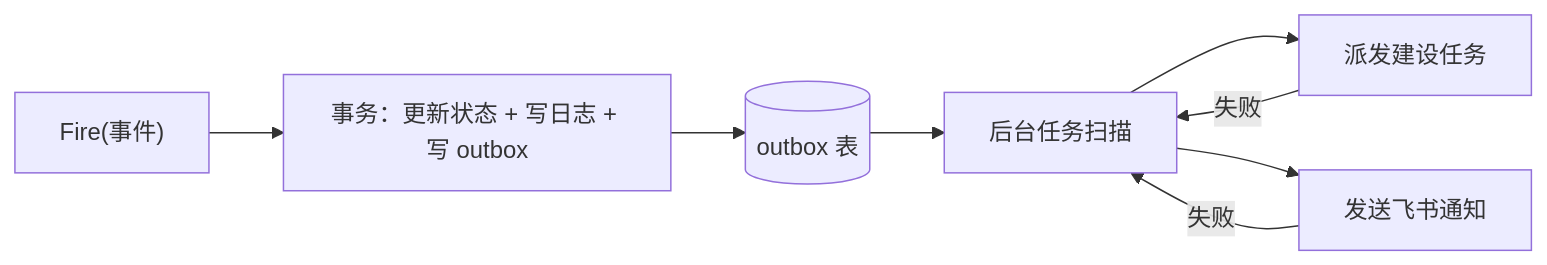
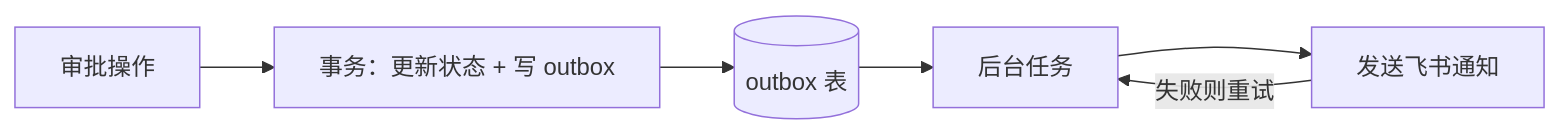
Before and after one commit to tracerZzz/tracerZzz.github.io: the second of 2 diagrams in src/content/posts/work/资源建设审批流状态机设计.md, drawn with Mermaid. The commit also changed other lines of this file, not shown here.

````diff
--- a/src/content/posts/work/资源建设审批流状态机设计.md
+++ b/src/content/posts/work/资源建设审批流状态机设计.md
@@ -228,10 +194,8 @@
 ```mermaid
 flowchart LR
-    A["Fire(事件)"] --> B["事务：更新状态 + 写日志 + 写 outbox"]
+    A["审批操作"] --> B["事务：更新状态 + 写 outbox"]
     B --> C[("outbox 表")]
-    C --> D["后台任务扫描"]
-    D --> E["派发建设任务"]
-    D --> F["发送飞书通知"]
-    E -->|失败| D
-    F -->|失败| D
+    C --> D["后台任务"]
+    D --> E["发送飞书通知"]
+    E -->|失败则重试| D
 ```
````
